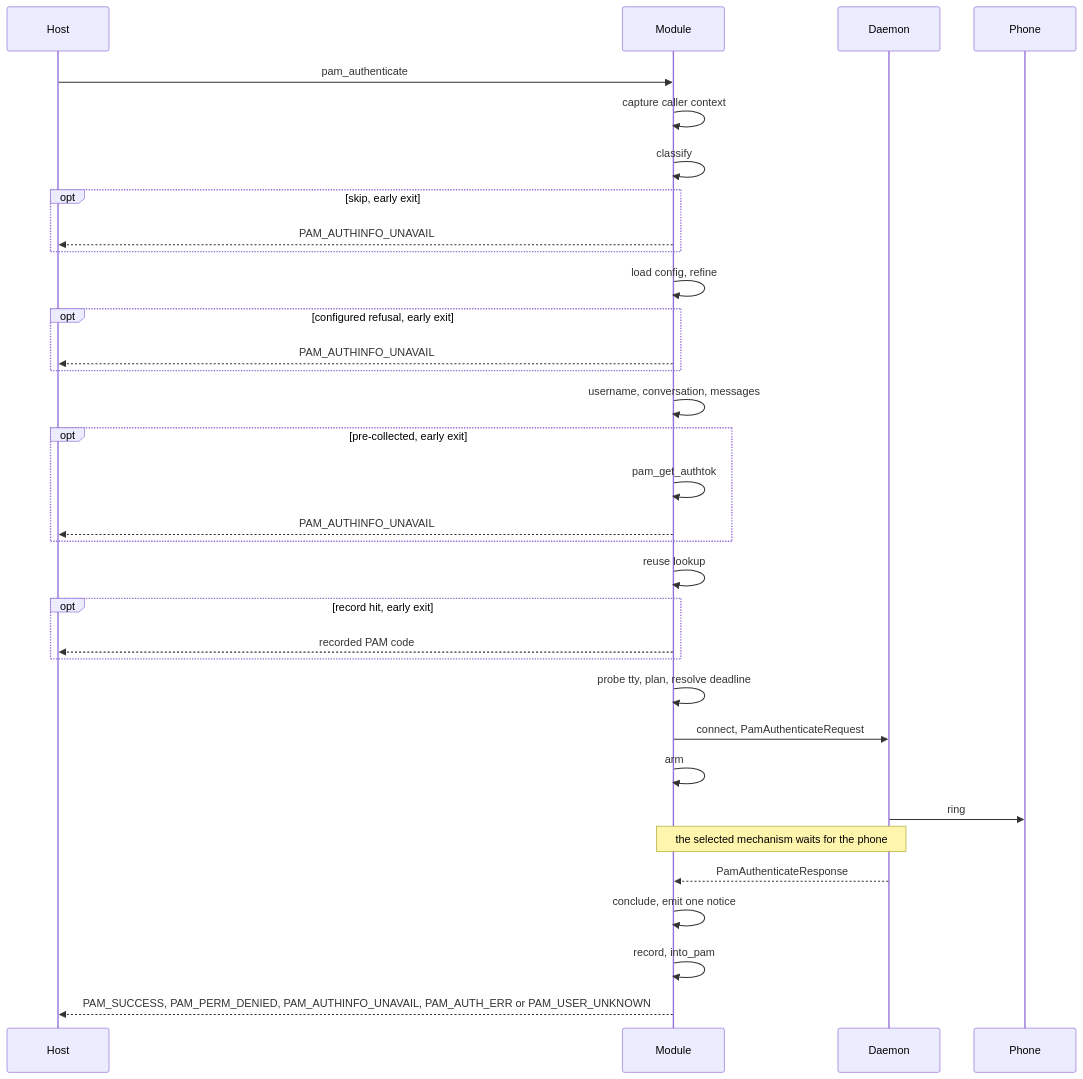
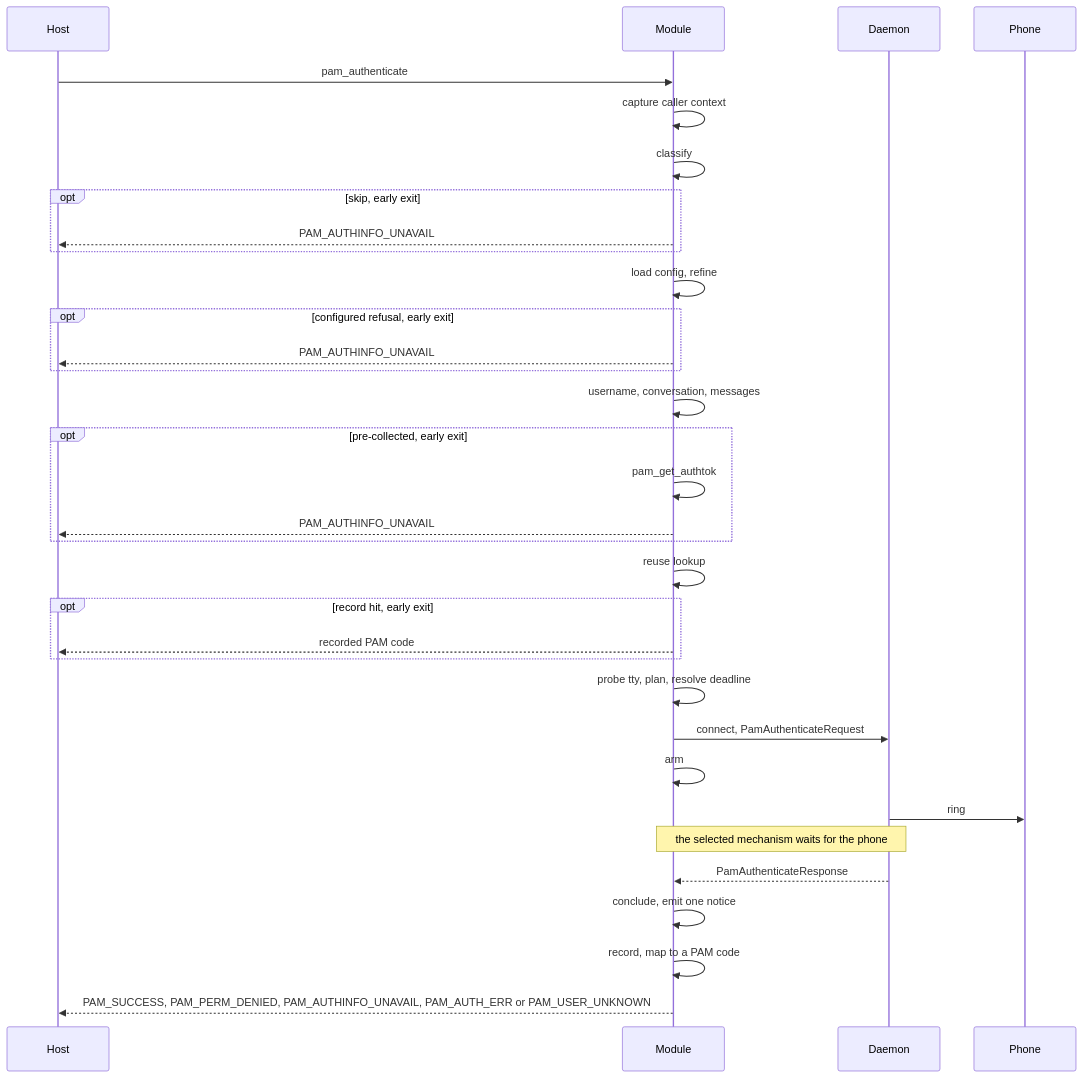
One commit to Lolle2000la/tapauth changed the first of 7 diagrams in docs/design-documents/pam-conversation-policy.md. Above: the diagram before and after it, drawn with Mermaid. The commit also changed other lines of this file and 1 other file, not shown here.

First line of the commit message:
docs: move the client-pam code map into the crate docs

````diff
--- a/docs/design-documents/pam-conversation-policy.md
+++ b/docs/design-documents/pam-conversation-policy.md
@@ -93,36 +26,36 @@
 ```mermaid
 sequenceDiagram
     participant Host
     participant Module
     participant Daemon
     participant Phone
 
     Host->>Module: pam_authenticate
     Module->>Module: capture caller context
     Module->>Module: classify
     opt skip, early exit
         Module-->>Host: PAM_AUTHINFO_UNAVAIL
     end
     Module->>Module: load config, refine
     opt configured refusal, early exit
         Module-->>Host: PAM_AUTHINFO_UNAVAIL
     end
     Module->>Module: username, conversation, messages
     opt pre-collected, early exit
         Module->>Module: pam_get_authtok
         Module-->>Host: PAM_AUTHINFO_UNAVAIL
     end
     Module->>Module: reuse lookup
     opt record hit, early exit
         Module-->>Host: recorded PAM code
     end
     Module->>Module: probe tty, plan, resolve deadline
     Module->>Daemon: connect, PamAuthenticateRequest
     Module->>Module: arm
     Daemon->>Phone: ring
     Note over Module,Daemon: the selected mechanism waits for the phone
     Daemon-->>Module: PamAuthenticateResponse
     Module->>Module: conclude, emit one notice
-    Module->>Module: record, into_pam
+    Module->>Module: record, map to a PAM code
     Module-->>Host: PAM_SUCCESS, PAM_PERM_DENIED, PAM_AUTHINFO_UNAVAIL, PAM_AUTH_ERR or PAM_USER_UNKNOWN
 ```
````
